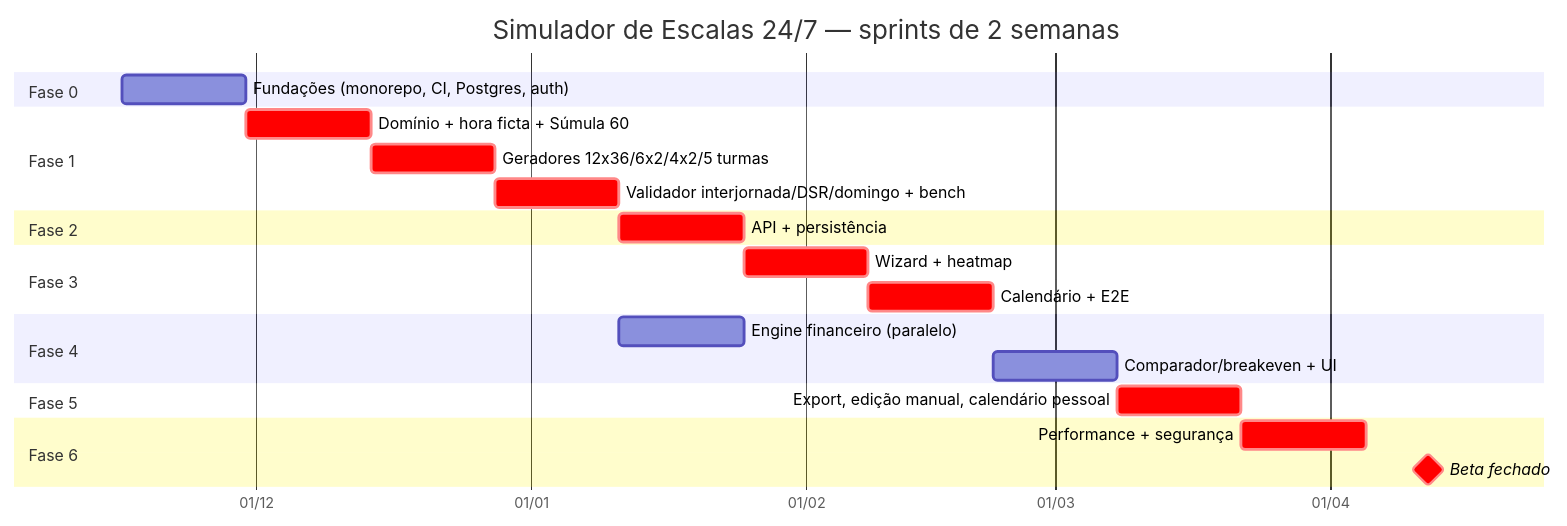
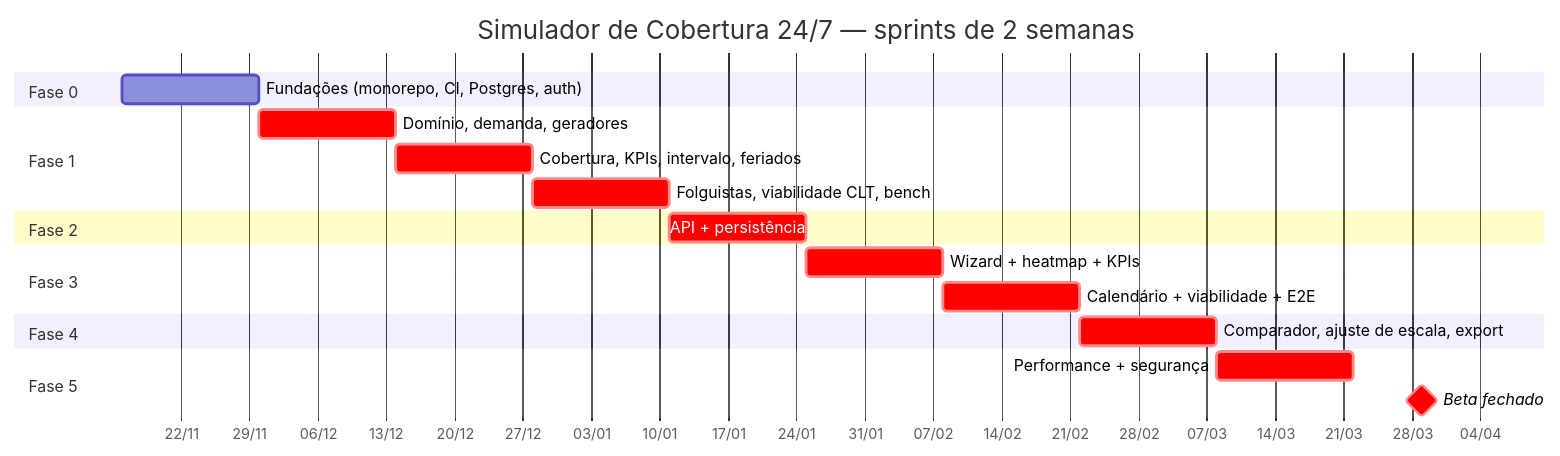
One commit to thgterto/Ferramentas-Web changed the diagram in docs/simulador-escalas/06-plano-de-implementacao.md. Above: the diagram before and after it, drawn with Mermaid. The commit also changed other lines of this file and 6 other files, not shown here.

````diff
--- a/docs/simulador-escalas/06-plano-de-implementacao.md
+++ b/docs/simulador-escalas/06-plano-de-implementacao.md
@@ -149,25 +149,22 @@
 ```mermaid
 gantt
-    title Simulador de Escalas 24/7 — sprints de 2 semanas
+    title Simulador de Cobertura 24/7 — sprints de 2 semanas
     dateFormat  YYYY-MM-DD
     axisFormat  %d/%m
     section Fase 0
     Fundações (monorepo, CI, Postgres, auth)   :f0, 2026-11-16, 14d
     section Fase 1
-    Domínio + hora ficta + Súmula 60           :crit, f1a, after f0, 14d
-    Geradores 12x36/6x2/4x2/5 turmas           :crit, f1b, after f1a, 14d
-    Validador interjornada/DSR/domingo + bench :crit, f1c, after f1b, 14d
+    Domínio, demanda, geradores                :crit, f1a, after f0, 14d
+    Cobertura, KPIs, intervalo, feriados       :crit, f1b, after f1a, 14d
+    Folguistas, viabilidade CLT, bench         :crit, f1c, after f1b, 14d
     section Fase 2
     API + persistência                         :crit, f2, after f1c, 14d
     section Fase 3
-    Wizard + heatmap                           :crit, f3a, after f2, 14d
-    Calendário + E2E                           :crit, f3b, after f3a, 14d
+    Wizard + heatmap + KPIs                    :crit, f3a, after f2, 14d
+    Calendário + viabilidade + E2E             :crit, f3b, after f3a, 14d
     section Fase 4
-    Engine financeiro (paralelo)               :f4a, after f1c, 14d
-    Comparador/breakeven + UI                  :f4b, after f3b, 14d
+    Comparador, ajuste de escala, export       :crit, f4, after f3b, 14d
     section Fase 5
-    Export, edição manual, calendário pessoal  :crit, f5, after f4b, 14d
-    section Fase 6
-    Performance + segurança                    :crit, f6a, after f5, 14d
-    Beta fechado                               :milestone, crit, f6b, after f6a, 14d
+    Performance + segurança                    :crit, f5a, after f4, 14d
+    Beta fechado                               :milestone, crit, f5b, after f5a, 14d
 ```
````
